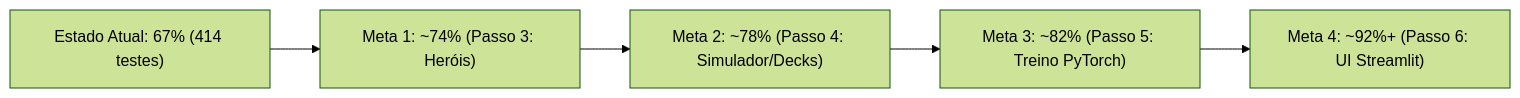
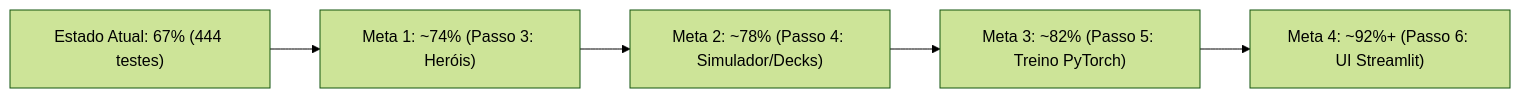
One commit to renan-albino/fab-talishar-ia changed the diagram in docs/ROADMAP.md. Above: the diagram before and after it, drawn with Mermaid (forest theme). The commit also changed other lines of this file and 41 other files, not shown here.

````diff
--- a/docs/ROADMAP.md
+++ b/docs/ROADMAP.md
@@ -102,7 +106,7 @@
 ```mermaid
 graph LR
-    A["Estado Atual: 67% (414 testes)"] --> B["Meta 1: ~74% (Passo 3: Heróis)"]
+    A["Estado Atual: 67% (444 testes)"] --> B["Meta 1: ~74% (Passo 3: Heróis)"]
     B --> C["Meta 2: ~78% (Passo 4: Simulador/Decks)"]
     C --> D["Meta 3: ~82% (Passo 5: Treino PyTorch)"]
     D --> E["Meta 4: ~92%+ (Passo 6: UI Streamlit)"]
 ```
````
